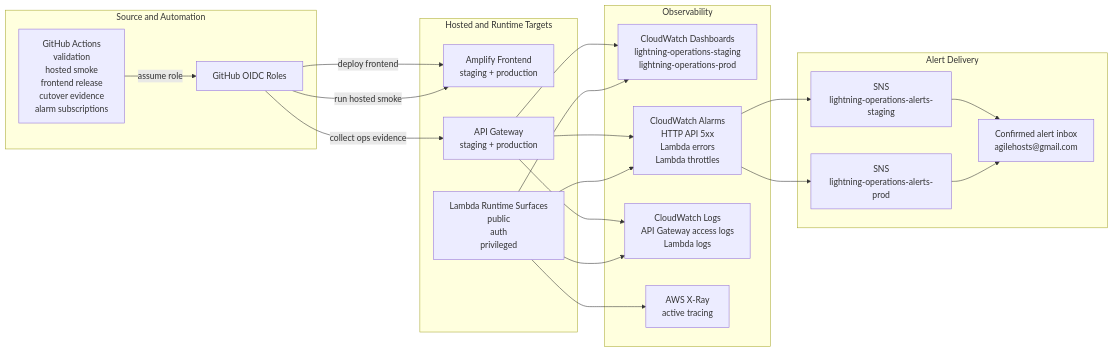
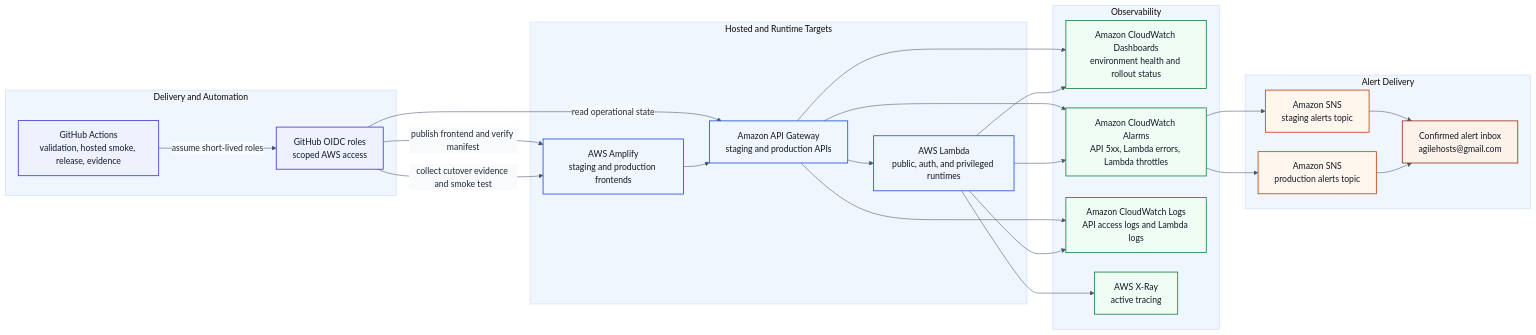
Before and after one commit to mutantnewt/Lightning: the second of 2 diagrams in docs/diagrams/lightning-aws-architecture-draft.md, drawn with Mermaid. The commit also changed other lines of this file and 5 other files, not shown here.

Commit message:
Refine AWS diagram draft and add playbook

````diff
--- a/docs/diagrams/lightning-aws-architecture-draft.md
+++ b/docs/diagrams/lightning-aws-architecture-draft.md
@@ -95,67 +103,60 @@
 ```mermaid
+%%{init: {"theme":"base","themeVariables":{"background":"#fbf7ef","primaryColor":"#fffaf0","primaryTextColor":"#1f2937","primaryBorderColor":"#94a3b8","lineColor":"#475569","secondaryColor":"#f8fafc","tertiaryColor":"#eff6ff","fontFamily":"Inter, Arial, sans-serif"},"flowchart":{"curve":"basis","nodeSpacing":36,"rankSpacing":48}}}%%
 flowchart LR
-  subgraph S["Source and Automation"]
-    GitHub["GitHub Actions
-validation
-hosted smoke
-frontend release
-cutover evidence
-alarm subscriptions"]
-    OIDC["GitHub OIDC Roles"]
+  classDef delivery fill:#eef2ff,stroke:#4338ca,color:#111827,stroke-width:1.5px;
+  classDef runtime fill:#eff6ff,stroke:#1d4ed8,color:#111827,stroke-width:1.5px;
+  classDef observe fill:#f0fdf4,stroke:#15803d,color:#111827,stroke-width:1.5px;
+  classDef alert fill:#fff7ed,stroke:#c2410c,color:#111827,stroke-width:1.5px;
+  classDef people fill:#fdf2e9,stroke:#9a3412,color:#111827,stroke-width:1.5px;
+
+  subgraph S["Delivery and Automation"]
+    GitHub["GitHub Actions<br/>validation, hosted smoke, release, evidence"]
+    OIDC["GitHub OIDC roles<br/>scoped AWS access"]
   end
 
   subgraph R["Hosted and Runtime Targets"]
-    HostedFrontend["Amplify Frontend
-staging + production"]
-    ApiRuntime["API Gateway
-staging + production"]
-    Lambdas["Lambda Runtime Surfaces
-public
-auth
-privileged"]
+    HostedFrontend["AWS Amplify<br/>staging and production frontends"]
+    ApiRuntime["Amazon API Gateway<br/>staging and production APIs"]
+    Lambdas["AWS Lambda<br/>public, auth, and privileged runtimes"]
   end
 
   subgraph O["Observability"]
-    Dashboards["CloudWatch Dashboards
-lightning-operations-staging
-lightning-operations-prod"]
-    Alarms["CloudWatch Alarms
-HTTP API 5xx
-Lambda errors
-Lambda throttles"]
-    Logs["CloudWatch Logs
-API Gateway access logs
-Lambda logs"]
-    Traces["AWS X-Ray
-active tracing"]
+    Dashboards["Amazon CloudWatch Dashboards<br/>environment health and rollout status"]
+    Alarms["Amazon CloudWatch Alarms<br/>API 5xx, Lambda errors, Lambda throttles"]
+    Logs["Amazon CloudWatch Logs<br/>API access logs and Lambda logs"]
+    Traces["AWS X-Ray<br/>active tracing"]
   end
 
   subgraph N["Alert Delivery"]
-    SnsStaging["SNS
-lightning-operations-alerts-staging"]
-    SnsProd["SNS
-lightning-operations-alerts-prod"]
-    AlertInbox["Confirmed alert inbox
-agilehosts@gmail.com"]
+    SnsStaging["Amazon SNS<br/>staging alerts topic"]
+    SnsProd["Amazon SNS<br/>production alerts topic"]
+    AlertInbox["Confirmed alert inbox<br/>agilehosts@gmail.com"]
   end
 
-  GitHub -->|"assume role"| OIDC
-  OIDC -->|"deploy frontend"| HostedFrontend
-  OIDC -->|"run hosted smoke"| HostedFrontend
-  OIDC -->|"collect ops evidence"| ApiRuntime
+  GitHub -->|"assume short-lived roles"| OIDC
+  OIDC -->|"publish frontend and verify manifest"| HostedFrontend
+  OIDC -->|"collect cutover evidence and smoke test"| HostedFrontend
+  OIDC -->|"read operational state"| ApiRuntime
+
+  HostedFrontend --> ApiRuntime
+  ApiRuntime --> Lambdas
 
   ApiRuntime --> Logs
   Lambdas --> Logs
-  Lambdas --> Traces
-
+  ApiRuntime --> Dashboards
+  Lambdas --> Dashboards
   ApiRuntime --> Alarms
   Lambdas --> Alarms
-  ApiRuntime --> Dashboards
-  Lambdas --> Dashboards
+  Lambdas --> Traces
 
   Alarms --> SnsStaging
   Alarms --> SnsProd
-
   SnsStaging --> AlertInbox
   SnsProd --> AlertInbox
+
+  class GitHub,OIDC delivery;
+  class HostedFrontend,ApiRuntime,Lambdas runtime;
+  class Dashboards,Alarms,Logs,Traces observe;
+  class SnsStaging,SnsProd alert;
+  class AlertInbox people;
 ```
````
